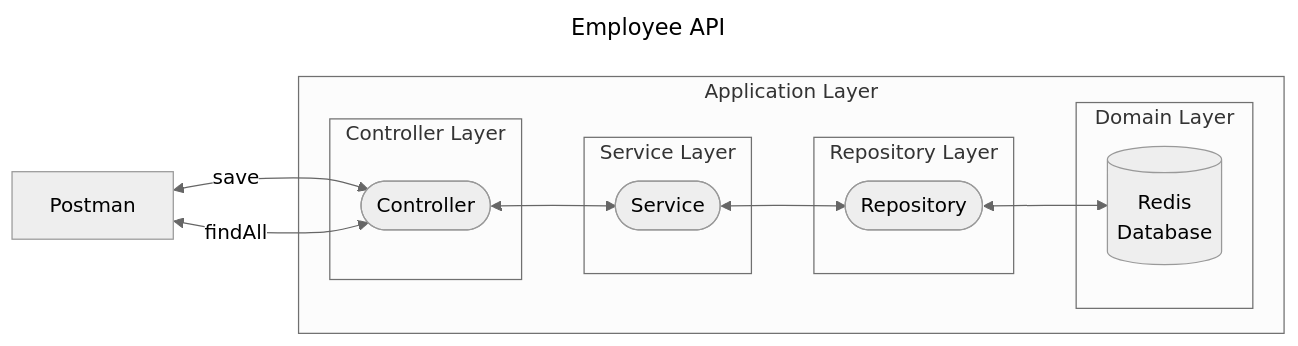
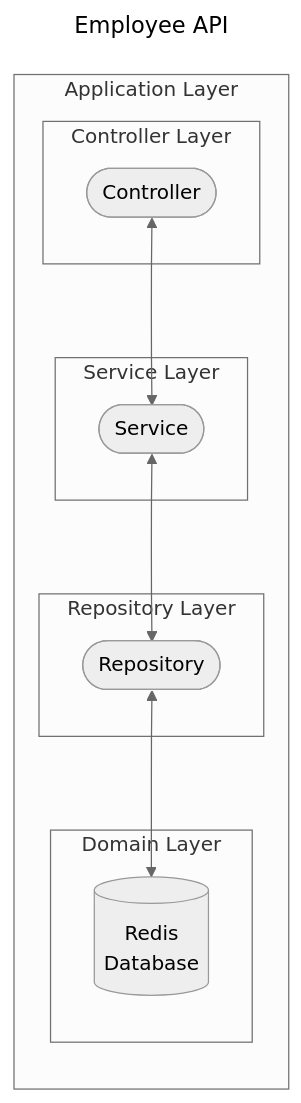
One commit to crigraiba/kotlin-workshops changed the diagram in redis-workshop/README.md. Above: the diagram before and after it, drawn with Mermaid (neutral theme). The commit also changed other lines of this file and 3 other files, not shown here.

````diff
--- a/redis-workshop/README.md
+++ b/redis-workshop/README.md
@@ -3,24 +3,22 @@
 ```mermaid
 ---
 title: Employee API
 ---
 flowchart LR
     subgraph Application Layer
         subgraph Controller Layer
             controller(["Controller"])
         end
         subgraph Service Layer
             service(["Service"])
         end
         subgraph Repository Layer
             repository(["Repository"])
         end
         subgraph Domain Layer
             domain[("`Redis
             Database`")]
         end
     end
-    postman["Postman"] <-->|save| controller
-    postman["Postman"] <-->|findAll| controller
     controller <--> service <--> repository <--> domain
 ```
````
